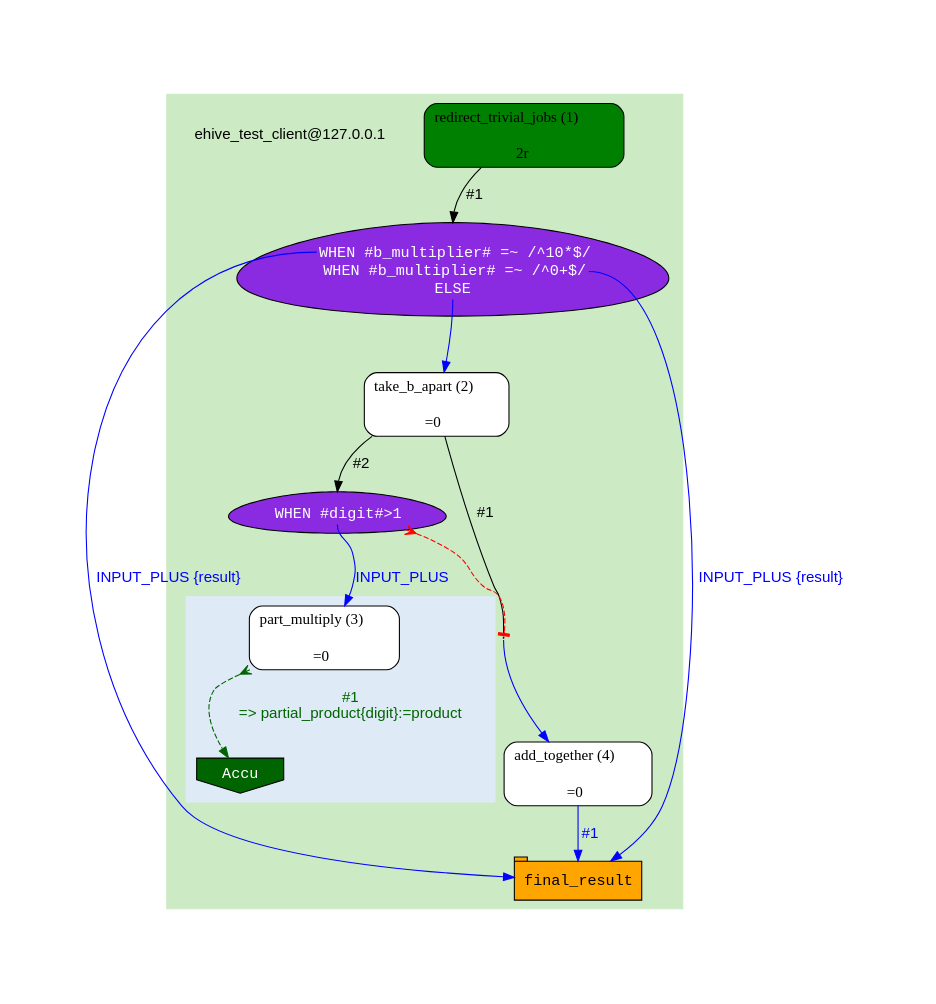
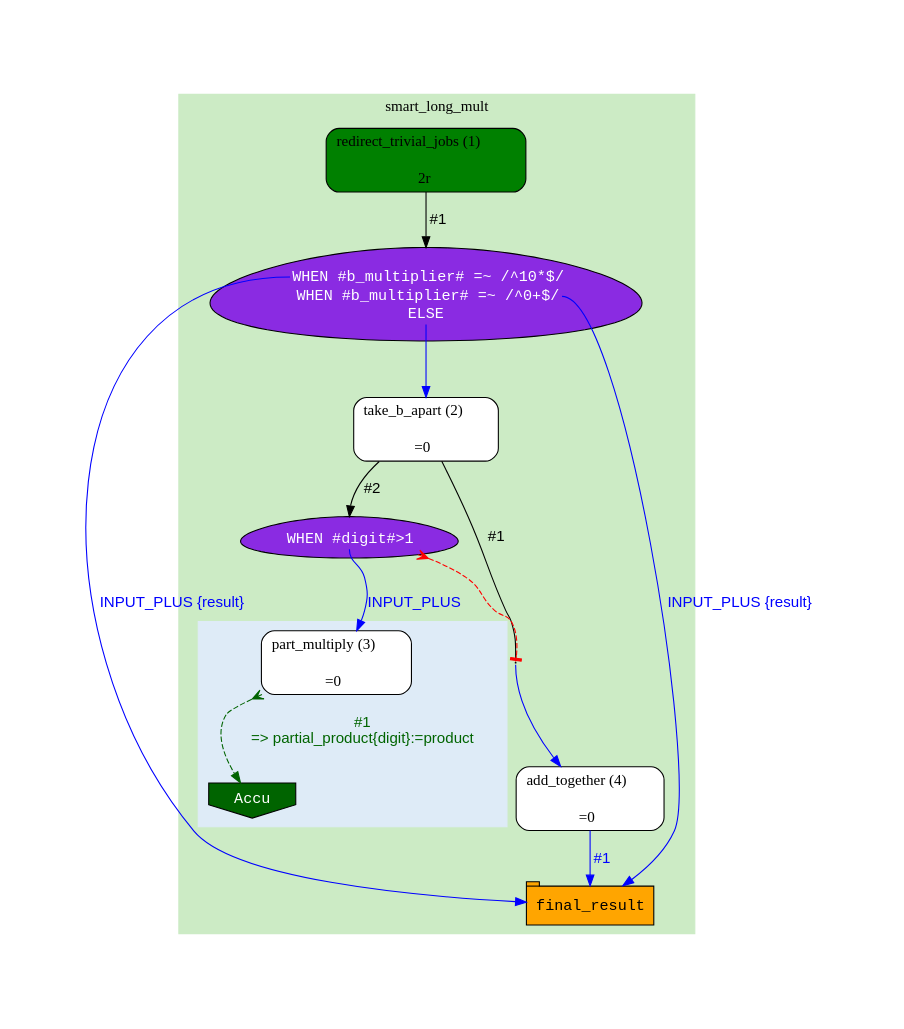
The diagram in t/03.scripts/generate_graph/LongMult::PipeConfig::SmartLongMult_conf.stored.dot (Ensembl/ensembl-hive), drawn with Graphviz before and after one commit. The commit also changed 8 other files, not shown here.

Commit message:
Switch from using a separate pipeline_label to displaying the top-level cluster name; regenerated the test files accordingly

```diff
--- a/t/03.scripts/generate_graph/LongMult::PipeConfig::SmartLongMult_conf.stored.dot
+++ b/t/03.scripts/generate_graph/LongMult::PipeConfig::SmartLongMult_conf.stored.dot
@@ -1,47 +1,47 @@
 digraph test {
 	ratio="compress"; concentrate = "true"; name = "AnalysisWorkflow"; pad = "1.0";
 	analysis_redirect_trivial_jobs [fillcolor="green", fontname="Times-Roman", label=<<table border="0" cellborder="0" cellspacing="0" cellpadding="1"><tr><td colspan="1">redirect_trivial_jobs (1)</td></tr><tr><td colspan="1"> </td></tr><tr><td bgcolor="green" width="100%">2r</td></tr></table>>, shape="Mrecord", style="filled"];
 	dfr_1_mp [fillcolor="blueviolet", fontcolor="white", fontname="Courier", label=<<table border="0" cellborder="0" cellspacing="0" cellpadding="1">i<tr><td></td></tr><tr><td port="cond_0">WHEN #b_multiplier# =~ /^10*$/</td></tr><tr><td port="cond_1">WHEN #b_multiplier# =~ /^0+$/</td></tr><tr><td port="cond_2">ELSE</td></tr></table>>, shape="egg", style="filled"];
 	table_final_result [fillcolor="orange", fontcolor="black", fontname="Courier", label=<<table border="0" cellborder="0" cellspacing="0" cellpadding="1"><tr><td colspan="1">final_result</td></tr></table>>, shape="tab", style="filled"];
 	analysis_take_b_apart [fillcolor="white", fontname="Times-Roman", label=<<table border="0" cellborder="0" cellspacing="0" cellpadding="1"><tr><td colspan="1">take_b_apart (2)</td></tr><tr><td colspan="1"> </td></tr><tr><td>=0</td></tr></table>>, shape="Mrecord", style="filled"];
 	dfr_2_mp [fixedsize="1", height="0.01", label="dfr_2_mp", shape="point", width="0.01"];
 	analysis_add_together [fillcolor="white", fontname="Times-Roman", label=<<table border="0" cellborder="0" cellspacing="0" cellpadding="1"><tr><td colspan="1">add_together (4)</td></tr><tr><td colspan="1"> </td></tr><tr><td>=0</td></tr></table>>, shape="Mrecord", style="filled"];
 	dfr_3_mp [fillcolor="blueviolet", fontcolor="white", fontname="Courier", label=<<table border="0" cellborder="0" cellspacing="0" cellpadding="1">i<tr><td></td></tr><tr><td port="cond_0">WHEN #digit#&gt;1</td></tr></table>>, shape="egg", style="filled"];
 	analysis_part_multiply [fillcolor="white", fontname="Times-Roman", label=<<table border="0" cellborder="0" cellspacing="0" cellpadding="1"><tr><td colspan="1">part_multiply (3)</td></tr><tr><td colspan="1"> </td></tr><tr><td>=0</td></tr></table>>, shape="Mrecord", style="filled"];
 	sink_dfr_2_mp [fillcolor="darkgreen", fontcolor="white", fontname="Courier", label="Accu", shape="invhouse", style="filled"];
-	pipelabel_smart_long_mult [fontname="Helvetica", label="ehive_test_client@127.0.0.1", shape="plaintext"];
 	analysis_add_together -> table_final_result [color="blue", fontcolor="blue", fontname="Helvetica", label="#1\n"];
 	analysis_part_multiply -> sink_dfr_2_mp [arrowtail="crow", color="darkgreen", dir="both", fontcolor="darkgreen", fontname="Helvetica", label="#1\n=> partial_product{digit}:=product", style="dashed"];
 	analysis_redirect_trivial_jobs -> dfr_1_mp [arrowhead="normal", color="black", fontcolor="black", fontname="Helvetica", headport="n", label="#1"];
 	analysis_take_b_apart -> dfr_2_mp [arrowhead="none", color="black", fontcolor="black", fontname="Helvetica", headport="n", label="#1"];
 	analysis_take_b_apart -> dfr_3_mp [arrowhead="normal", color="black", fontcolor="black", fontname="Helvetica", headport="n", label="#2"];
 	dfr_1_mp -> analysis_take_b_apart [color="blue", fontcolor="blue", fontname="Helvetica", label="\n", tailport="cond_2"];
 	dfr_1_mp -> table_final_result [color="blue", fontcolor="blue", fontname="Helvetica", label="\nINPUT_PLUS {result}", tailport="cond_0"];
 	dfr_1_mp -> table_final_result [color="blue", fontcolor="blue", fontname="Helvetica", label="\nINPUT_PLUS {result}", tailport="cond_1"];
 	dfr_2_mp -> analysis_add_together [color="blue", fontcolor="blue", fontname="Helvetica", label="\n", tailport="s"];
 	dfr_3_mp -> analysis_part_multiply [color="blue", fontcolor="blue", fontname="Helvetica", label="\nINPUT_PLUS ", tailport="cond_0"];
 	dfr_3_mp -> dfr_2_mp [arrowhead="tee", arrowtail="crow", color="red", dir="both", style="dashed"];
 
-subgraph cluster_cl_smart_long_mult {
+subgraph cluster_smart_long_mult {
+	label="smart_long_mult";
 	style=filled;
 	colorscheme=pastel19;
 	color=3;
-	pipelabel_smart_long_mult;
 	analysis_redirect_trivial_jobs;
 	dfr_1_mp;
 	table_final_result;
 	table_final_result;
 	analysis_take_b_apart;
 	dfr_2_mp;
 	subgraph cluster_cl_dfr_2_mp {
+		label="";
 		style=filled;
 		colorscheme=blues9;
 		color=2;
 		analysis_part_multiply;
 		sink_dfr_2_mp;
 	}
 	dfr_3_mp;
 	analysis_add_together;
 	table_final_result;
 }
 }
```
